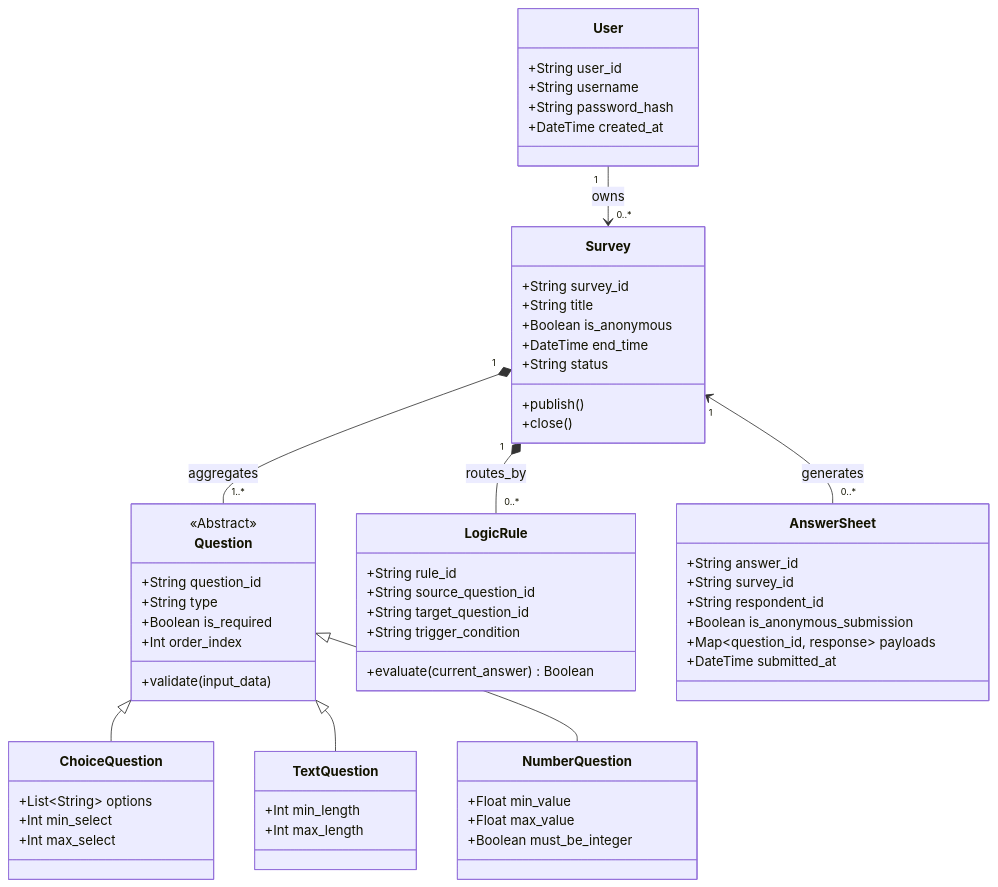
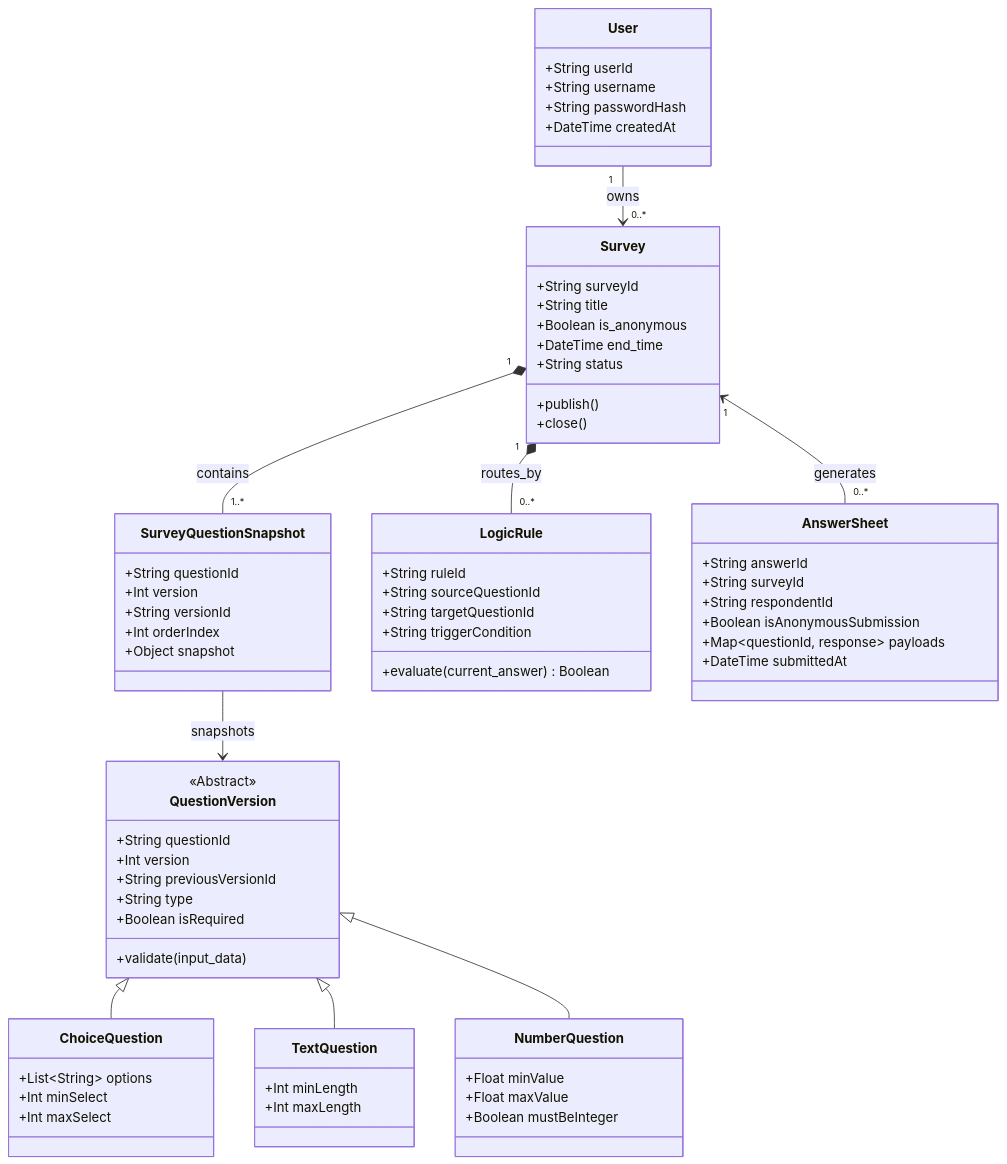
Before and after one commit to 4bqwq/fastapi-mongo-survey: the fourth of 6 diagrams in doc/02-architecture.md, drawn with Mermaid. The commit also changed other lines of this file and 19 other files, not shown here.

````diff
--- a/doc/02-architecture.md
+++ b/doc/02-architecture.md
@@ -105,70 +111,80 @@
 ```mermaid
 classDiagram
     class User {
-        +String user_id
+        +String userId
         +String username
-        +String password_hash
-        +DateTime created_at
+        +String passwordHash
+        +DateTime createdAt
     }
 
     class Survey {
-        +String survey_id
+        +String surveyId
         +String title
         +Boolean is_anonymous
         +DateTime end_time
         +String status
         +publish()
         +close()
     }
 
-    class Question {
+    class QuestionVersion {
         <<Abstract>>
-        +String question_id
+        +String questionId
+        +Int version
+        +String previousVersionId
         +String type
-        +Boolean is_required
-        +Int order_index
+        +Boolean isRequired
         +validate(input_data)
+    }
+
+    class SurveyQuestionSnapshot {
+        +String questionId
+        +Int version
+        +String versionId
+        +Int orderIndex
+        +Object snapshot
     }
 
     class ChoiceQuestion {
         +List~String~ options
-        +Int min_select
-        +Int max_select
+        +Int minSelect
+        +Int maxSelect
     }
 
     class TextQuestion {
-        +Int min_length
-        +Int max_length
+        +Int minLength
+        +Int maxLength
     }
 
     class NumberQuestion {
-        +Float min_value
-        +Float max_value
-        +Boolean must_be_integer
+        +Float minValue
+        +Float maxValue
+        +Boolean mustBeInteger
     }
 
     class LogicRule {
-        +String rule_id
-        +String source_question_id
-        +String target_question_id
-        +String trigger_condition
+        +String ruleId
+        +String sourceQuestionId
+        +String targetQuestionId
+        +String triggerCondition
         +evaluate(current_answer) Boolean
     }
 
     class AnswerSheet {
-        +String answer_id
-        +String survey_id
-        +String respondent_id
-        +Boolean is_anonymous_submission
-        +Map~question_id, response~ payloads
-        +DateTime submitted_at
+        +String answerId
+        +String surveyId
+        +String respondentId
+        +Boolean isAnonymousSubmission
+        +Map~questionId, response~ payloads
+        +DateTime submittedAt
     }
 
     User "1" --> "0..*" Survey : owns
-    Survey "1" *-- "1..*" Question : aggregates
+    Survey "1" *-- "1..*" SurveyQuestionSnapshot : contains
     Survey "1" *-- "0..*" LogicRule : routes_by
     Survey "1" <-- "0..*" AnswerSheet : generates
-    Question <|-- ChoiceQuestion
-    Question <|-- TextQuestion
-    Question <|-- NumberQuestion
+    QuestionVersion <|-- ChoiceQuestion
+    QuestionVersion <|-- TextQuestion
+    QuestionVersion <|-- NumberQuestion
+    SurveyQuestionSnapshot --> QuestionVersion : snapshots
 ```
````
